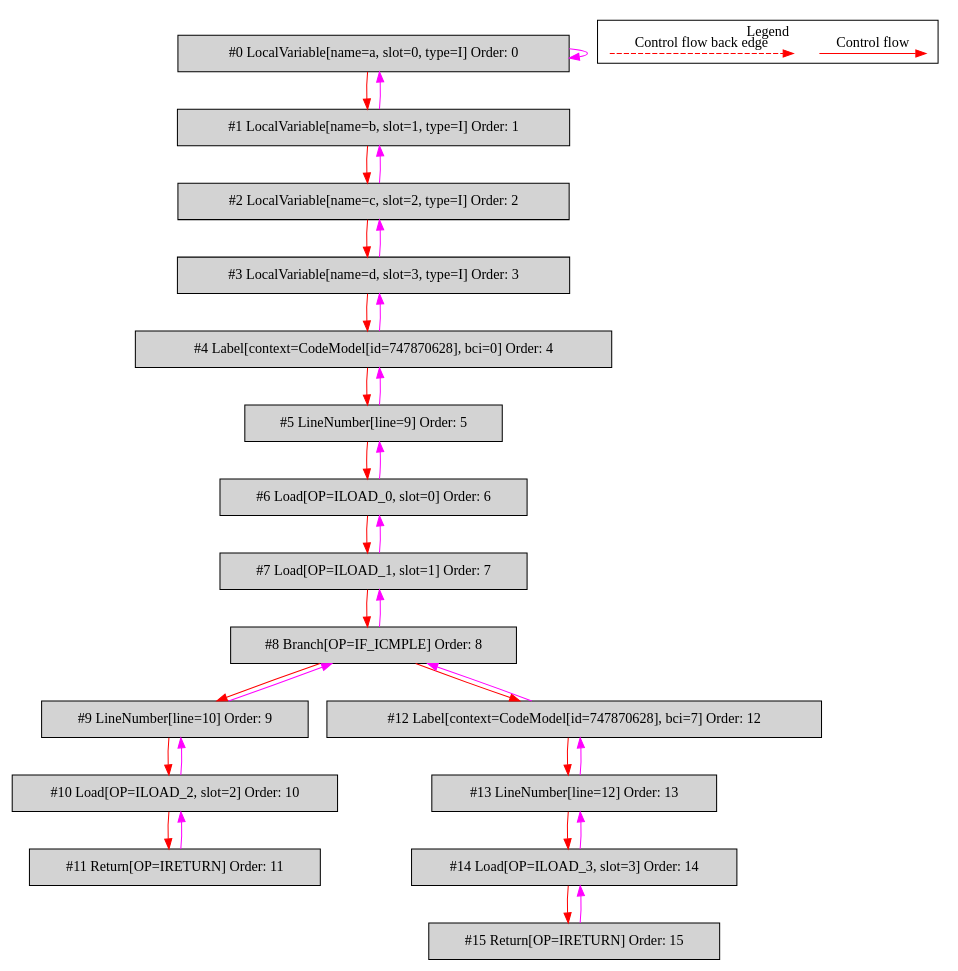
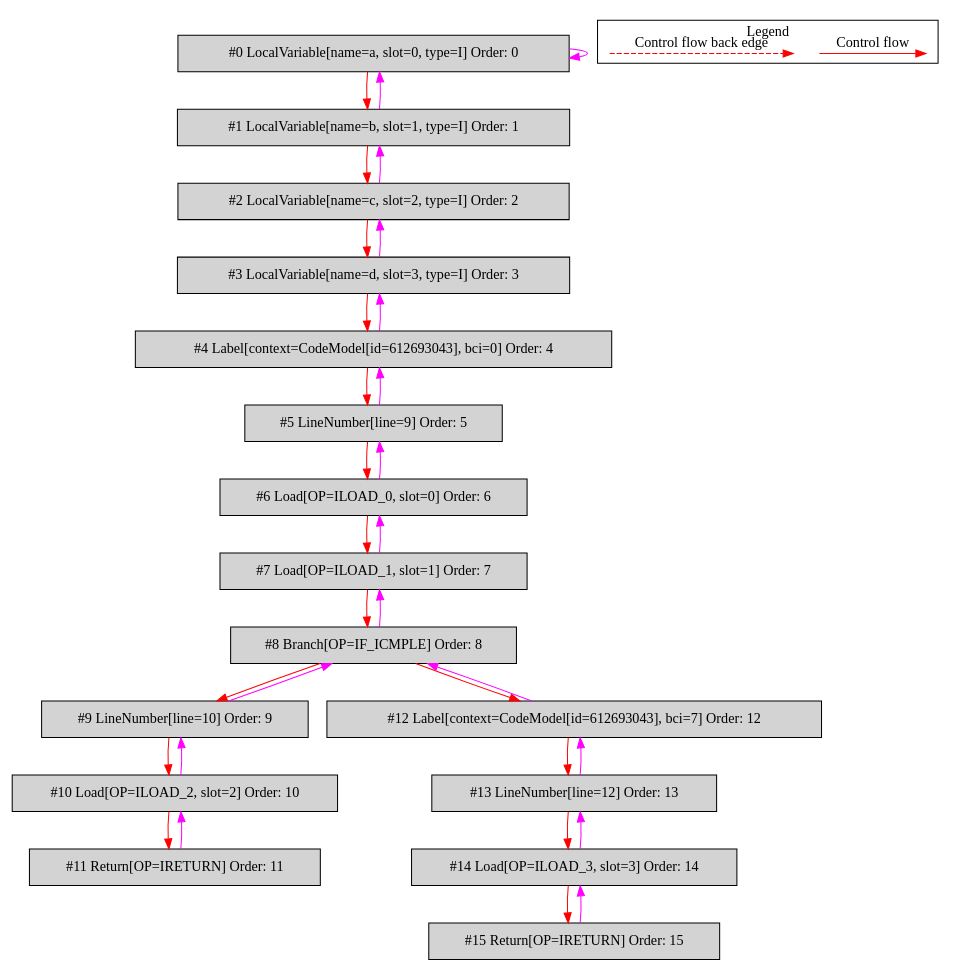
One commit to mirkosertic/MetaIR changed the diagram in de.mirkosertic.metair.ir.examples.SimpleIfTest/simpleIf/bytecodecfg.dot. Above: the diagram before and after it, drawn with Graphviz. The commit also changed 434 other files, not shown here.

```diff
--- a/de.mirkosertic.metair.ir.examples.SimpleIfTest/simpleIf/bytecodecfg.dot
+++ b/de.mirkosertic.metair.ir.examples.SimpleIfTest/simpleIf/bytecodecfg.dot
@@ -1,64 +1,64 @@
 digraph {
  ordering="in";
  node0[label="#0 LocalVariable[name=a, slot=0, type=I] Order: 0", shape=box, fillcolor=lightgrey, style=filled];
  node1[label="#1 LocalVariable[name=b, slot=1, type=I] Order: 1", shape=box, fillcolor=lightgrey, style=filled];
  node2[label="#2 LocalVariable[name=c, slot=2, type=I] Order: 2", shape=box, fillcolor=lightgrey, style=filled];
  node3[label="#3 LocalVariable[name=d, slot=3, type=I] Order: 3", shape=box, fillcolor=lightgrey, style=filled];
- node4[label="#4 Label[context=CodeModel[id=747870628], bci=0] Order: 4", shape=box, fillcolor=lightgrey, style=filled];
+ node4[label="#4 Label[context=CodeModel[id=612693043], bci=0] Order: 4", shape=box, fillcolor=lightgrey, style=filled];
  node5[label="#5 LineNumber[line=9] Order: 5", shape=box, fillcolor=lightgrey, style=filled];
  node6[label="#6 Load[OP=ILOAD_0, slot=0] Order: 6", shape=box, fillcolor=lightgrey, style=filled];
  node7[label="#7 Load[OP=ILOAD_1, slot=1] Order: 7", shape=box, fillcolor=lightgrey, style=filled];
  node8[label="#8 Branch[OP=IF_ICMPLE] Order: 8", shape=box, fillcolor=lightgrey, style=filled];
  node9[label="#9 LineNumber[line=10] Order: 9", shape=box, fillcolor=lightgrey, style=filled];
  node10[label="#10 Load[OP=ILOAD_2, slot=2] Order: 10", shape=box, fillcolor=lightgrey, style=filled];
  node11[label="#11 Return[OP=IRETURN] Order: 11", shape=box, fillcolor=lightgrey, style=filled];
- node12[label="#12 Label[context=CodeModel[id=747870628], bci=7] Order: 12", shape=box, fillcolor=lightgrey, style=filled];
+ node12[label="#12 Label[context=CodeModel[id=612693043], bci=7] Order: 12", shape=box, fillcolor=lightgrey, style=filled];
  node13[label="#13 LineNumber[line=12] Order: 13", shape=box, fillcolor=lightgrey, style=filled];
  node14[label="#14 Load[OP=ILOAD_3, slot=3] Order: 14", shape=box, fillcolor=lightgrey, style=filled];
  node15[label="#15 Return[OP=IRETURN] Order: 15", shape=box, fillcolor=lightgrey, style=filled];
  node0 -> node0[color=fuchsia];
  node0 -> node1[color=red];
  node1 -> node0[color=fuchsia];
  node1 -> node2[color=red];
  node2 -> node1[color=fuchsia];
  node2 -> node3[color=red];
  node3 -> node2[color=fuchsia];
  node3 -> node4[color=red];
  node4 -> node3[color=fuchsia];
  node4 -> node5[color=red];
  node5 -> node4[color=fuchsia];
  node5 -> node6[color=red];
  node6 -> node5[color=fuchsia];
  node6 -> node7[color=red];
  node7 -> node6[color=fuchsia];
  node7 -> node8[color=red];
  node8 -> node7[color=fuchsia];
  node8 -> node9[color=red];
  node9 -> node8[color=fuchsia];
  node9 -> node10[color=red];
  node10 -> node9[color=fuchsia];
  node10 -> node11[color=red];
  node11 -> node10[color=fuchsia];
  node8 -> node12[color=red];
  node12 -> node8[color=fuchsia];
  node12 -> node13[color=red];
  node13 -> node12[color=fuchsia];
  node13 -> node14[color=red];
  node14 -> node13[color=fuchsia];
  node14 -> node15[color=red];
  node15 -> node14[color=fuchsia];
  subgraph cluster_000 {
   label = "Legend";
   node [shape=point]
   {
    rank=same;
    c0 [style = invis];
    c1 [style = invis];
    c2 [style = invis];
    c3 [style = invis];
   }
   c0 -> c1 [label="Control flow", style=solid, color=red]
   c2 -> c3 [label="Control flow back edge", style=dashed, color=red]
  }
 
 }
```
